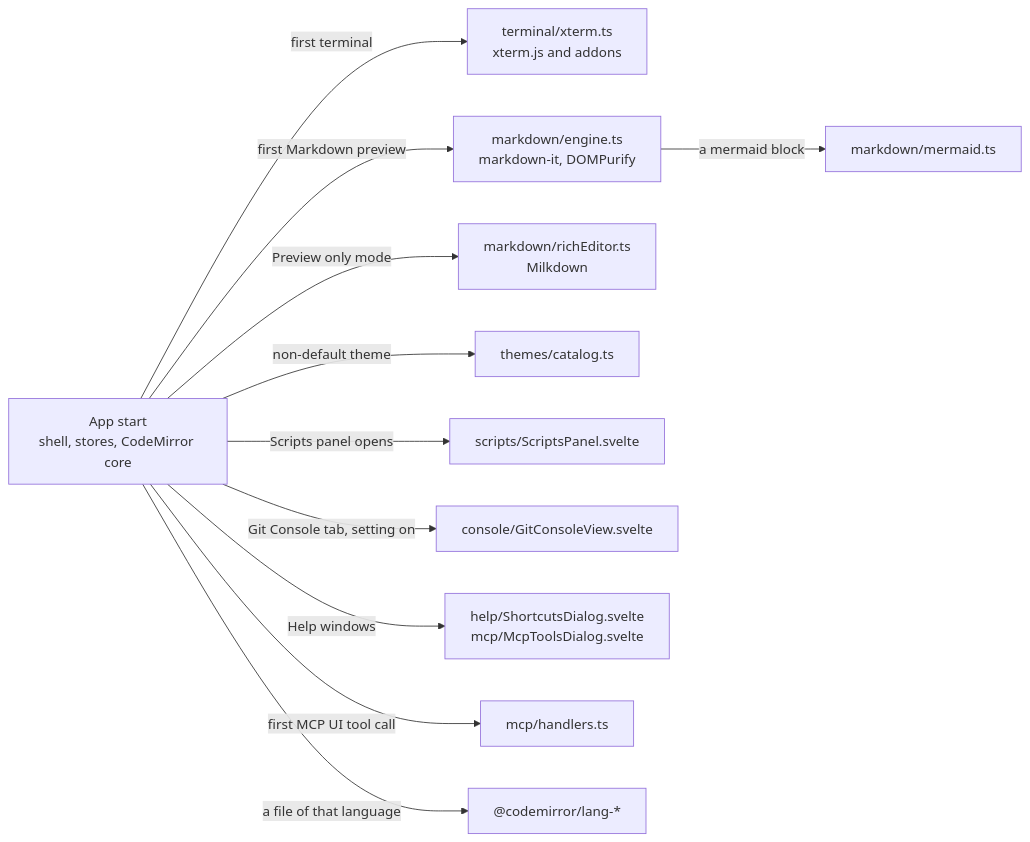
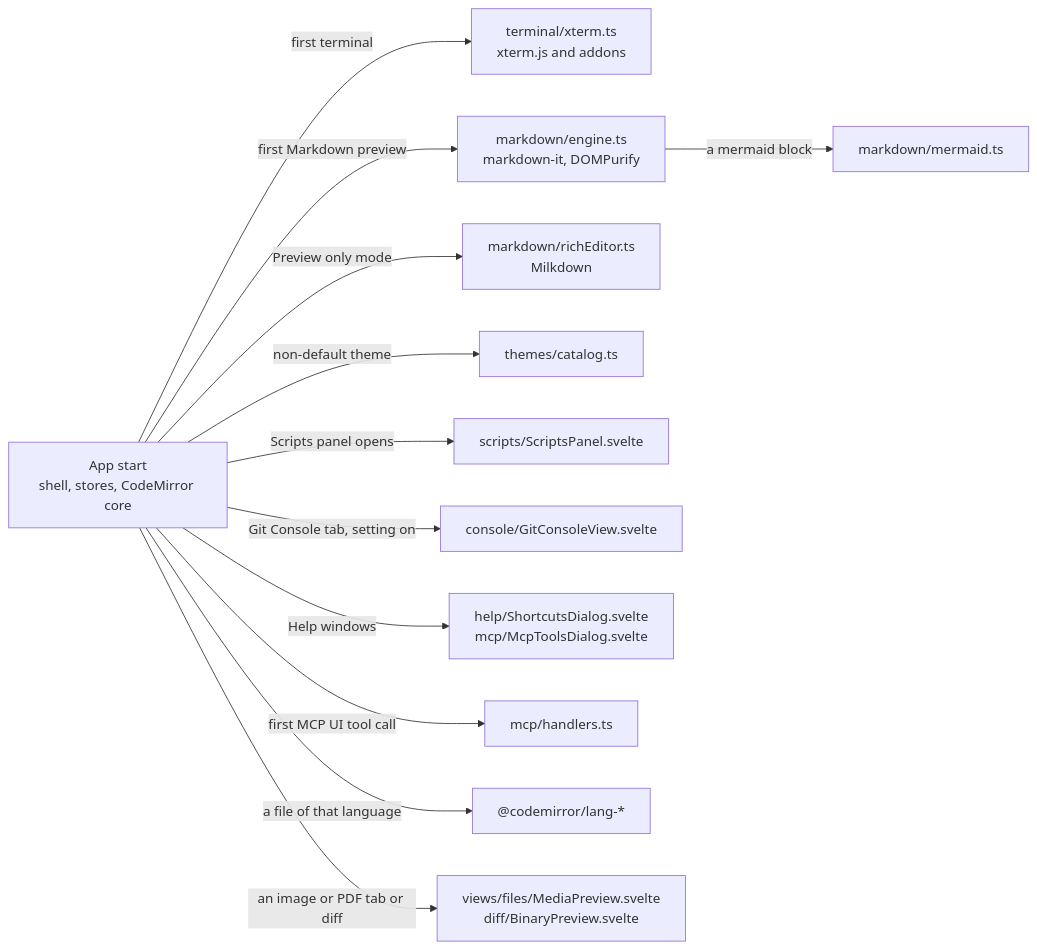
Before and after one commit to shibbirweb/git-manager: the diagram in docs/wiki/developer/Frontend-Modules.md, drawn with Mermaid. The commit also changed other lines of this file and 45 other files, not shown here.

Commit message:
feat:[GM-8] preview old and new binary images and PDFs side by side in diffs, streamed through a local scheme

````diff
--- a/docs/wiki/developer/Frontend-Modules.md
+++ b/docs/wiki/developer/Frontend-Modules.md
@@ -16,13 +16,14 @@
 ```mermaid
 flowchart LR
   App["App start<br/>shell, stores, CodeMirror core"] -->|"first terminal"| Xterm["terminal/xterm.ts<br/>xterm.js and addons"]
   App -->|"first Markdown preview"| Md["markdown/engine.ts<br/>markdown-it, DOMPurify"]
   Md -->|"a mermaid block"| Mermaid["markdown/mermaid.ts"]
   App -->|"Preview only mode"| Rich["markdown/richEditor.ts<br/>Milkdown"]
   App -->|"non-default theme"| Catalog["themes/catalog.ts"]
   App -->|"Scripts panel opens"| Scripts["scripts/ScriptsPanel.svelte"]
   App -->|"Git Console tab, setting on"| Console["console/GitConsoleView.svelte"]
   App -->|"Help windows"| Help["help/ShortcutsDialog.svelte<br/>mcp/McpToolsDialog.svelte"]
   App -->|"first MCP UI tool call"| Handlers["mcp/handlers.ts"]
   App -->|"a file of that language"| Lang["@codemirror/lang-*"]
+  App -->|"an image or PDF tab or diff"| Media["views/files/MediaPreview.svelte<br/>diff/BinaryPreview.svelte"]
 ```
````
